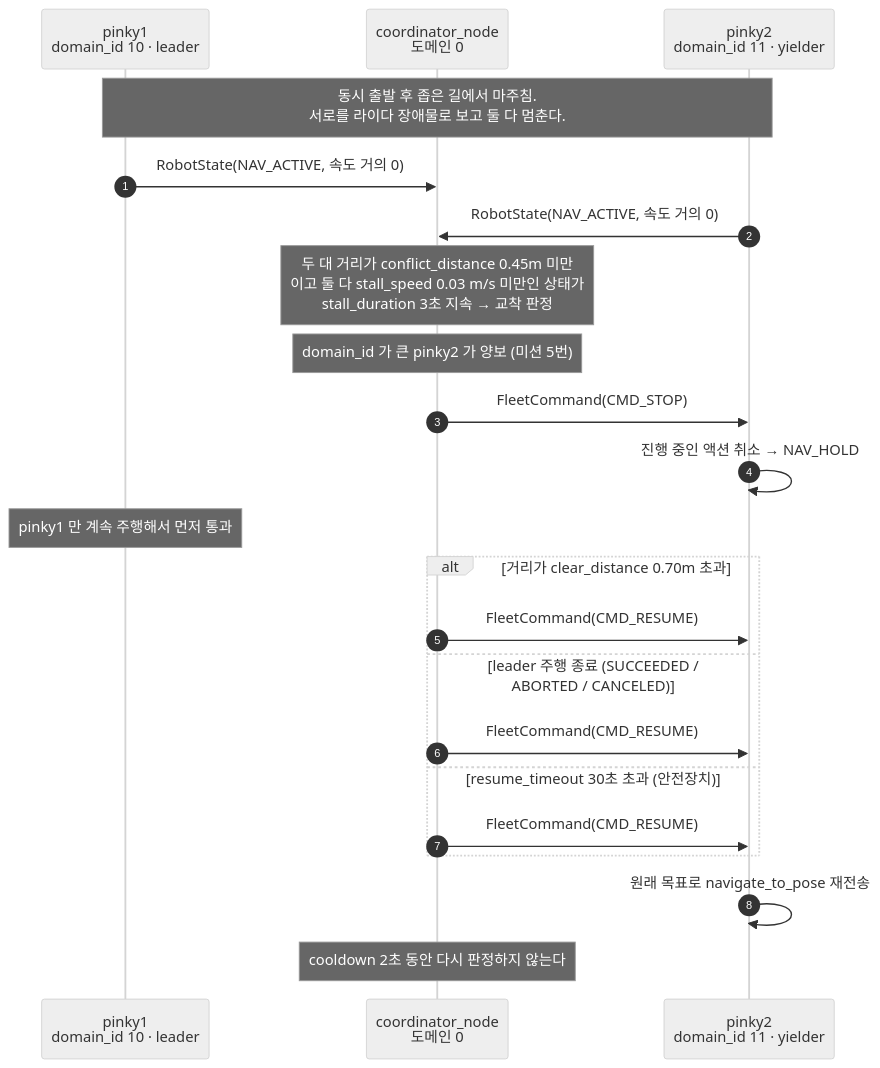
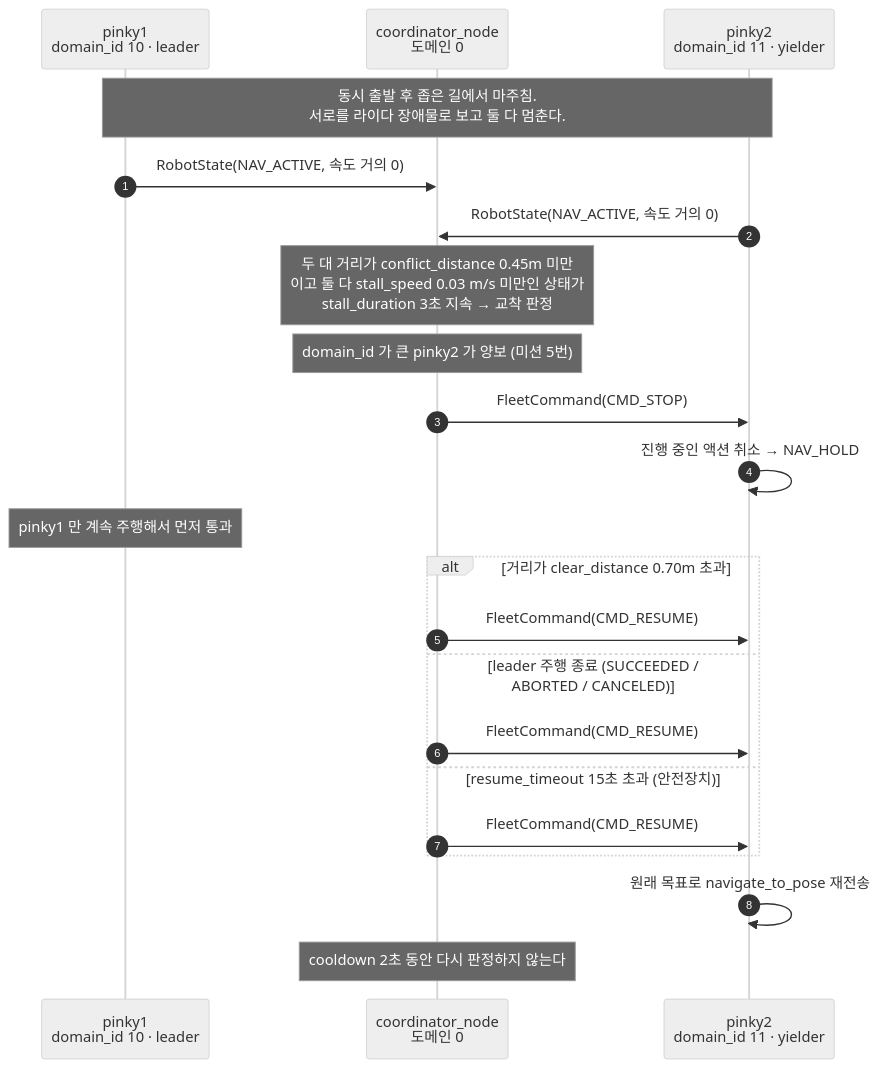
One commit to sakim0128/pinky_pro_team11 changed the third of 4 diagrams in README.md. Above: the diagram before and after it, drawn with Mermaid (neutral theme). The commit also changed other lines of this file and 8 other files, not shown here.

````diff
--- a/README.md
+++ b/README.md
@@ -423,30 +433,30 @@
 ```mermaid
 sequenceDiagram
     autonumber
     participant P1 as pinky1<br/>domain_id 10 · leader
     participant CO as coordinator_node<br/>도메인 0
     participant P2 as pinky2<br/>domain_id 11 · yielder
 
     Note over P1,P2: 동시 출발 후 좁은 길에서 마주침.<br/>서로를 라이다 장애물로 보고 둘 다 멈춘다.
 
     P1->>CO: RobotState(NAV_ACTIVE, 속도 거의 0)
     P2->>CO: RobotState(NAV_ACTIVE, 속도 거의 0)
 
     Note over CO: 두 대 거리가 conflict_distance 0.45m 미만<br/>이고 둘 다 stall_speed 0.03 m/s 미만인 상태가<br/>stall_duration 3초 지속 → 교착 판정
     Note over CO: domain_id 가 큰 pinky2 가 양보 (미션 5번)
 
     CO->>P2: FleetCommand(CMD_STOP)
     P2->>P2: 진행 중인 액션 취소 → NAV_HOLD
     Note over P1: pinky1 만 계속 주행해서 먼저 통과
 
     alt 거리가 clear_distance 0.70m 초과
         CO->>P2: FleetCommand(CMD_RESUME)
     else leader 주행 종료 (SUCCEEDED / ABORTED / CANCELED)
         CO->>P2: FleetCommand(CMD_RESUME)
-    else resume_timeout 30초 초과 (안전장치)
+    else resume_timeout 15초 초과 (안전장치)
         CO->>P2: FleetCommand(CMD_RESUME)
     end
 
     P2->>P2: 원래 목표로 navigate_to_pose 재전송
     Note over CO: cooldown 2초 동안 다시 판정하지 않는다
 ```
````
